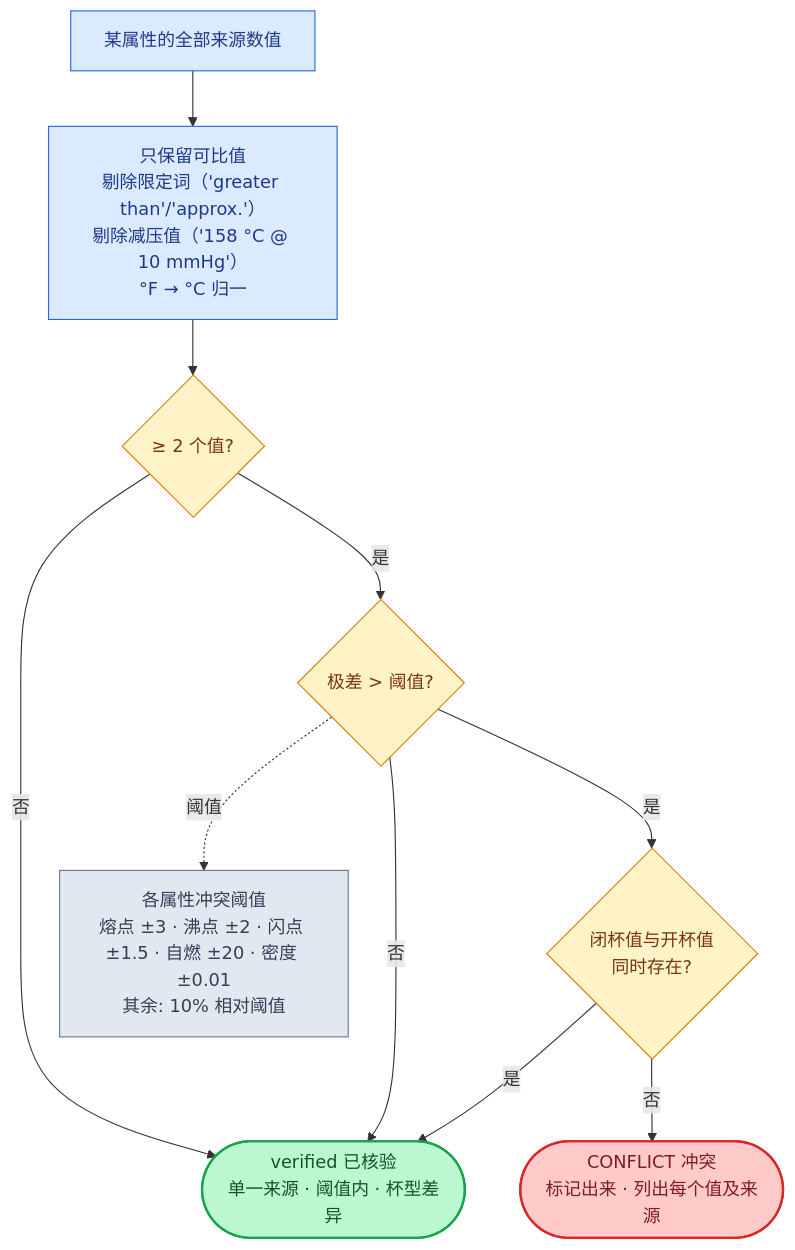
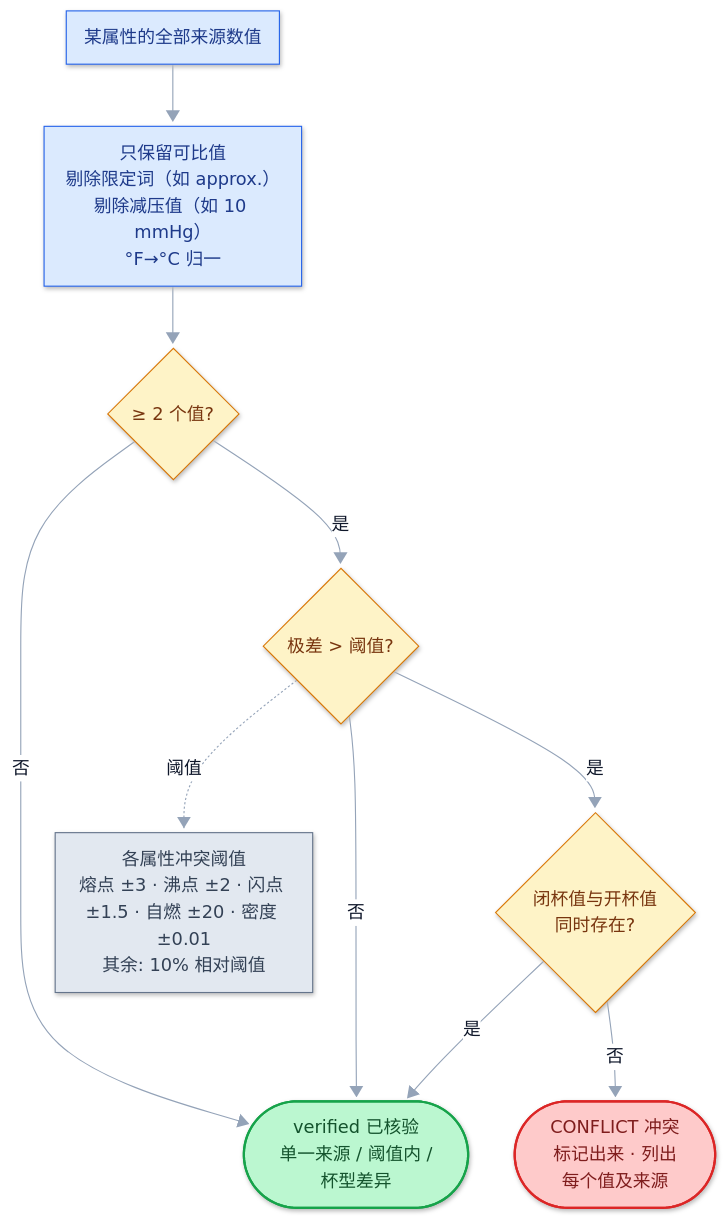
One commit to CL4Y68/chemfacts changed the third of 4 diagrams in README_zh.md. Above: the diagram before and after it, drawn with Mermaid. The commit also changed other lines of this file and 1 other file, not shown here.

First line of the commit message:
diagrams: mermaid 'look: neo' render pass + trimmed CJK labels

````diff
--- a/README_zh.md
+++ b/README_zh.md
@@ -129,30 +131,31 @@
 ```mermaid
+%%{init: {"look": "neo", "theme": "base", "themeVariables": {"lineColor": "#94a3b8", "primaryTextColor": "#0f172a", "edgeLabelBackground": "#ffffff"}, "flowchart": {"curve": "basis", "htmlLabels": true, "nodeSpacing": 42, "rankSpacing": 56, "padding": 10}} }%%
 flowchart TD
     A["某属性的全部来源数值"]:::proc
-    B["只保留可比值<br/>剔除限定词（'greater than'/'approx.'）<br/>剔除减压值（'158 °C @ 10 mmHg'）<br/>°F → °C 归一"]:::proc
+    B["只保留可比值<br/>剔除限定词（如 approx.）<br/>剔除减压值（如 10 mmHg）<br/>°F→°C 归一"]:::proc
     C{"≥ 2 个值?"}:::decide
     D{"极差 > 阈值?"}:::decide
     E{"闭杯值与开杯值<br/>同时存在?"}:::decide
-    V(["verified 已核验<br/>单一来源 · 阈值内 · 杯型差异"]):::ok
-    X(["CONFLICT 冲突<br/>标记出来 · 列出每个值及来源"]):::warn
+    V(["verified 已核验<br/>单一来源 / 阈值内 /<br/>杯型差异"]):::ok
+    X(["CONFLICT 冲突<br/>标记出来 · 列出<br/>每个值及来源"]):::warn
     N["各属性冲突阈值<br/>熔点 ±3 · 沸点 ±2 · 闪点 ±1.5 · 自燃 ±20 · 密度 ±0.01<br/>其余: 10% 相对阈值"]:::plain
 
     A --> B --> C
     C -- "否" --> V
     C -- "是" --> D
     D -- "否" --> V
     D -- "是" --> E
     E -- "是" --> V
     E -- "否" --> X
     D -. "阈值" .-> N
     classDef io      fill:#e0e7ff,stroke:#4f46e5,stroke-width:2px,color:#312e81
     classDef proc    fill:#dbeafe,stroke:#2563eb,color:#1e3a8a
     classDef decide  fill:#fef3c7,stroke:#d97706,color:#78350f
     classDef store   fill:#d1fae5,stroke:#059669,color:#064e3b
     classDef ok      fill:#bbf7d0,stroke:#16a34a,stroke-width:2px,color:#14532d
     classDef warn    fill:#fecaca,stroke:#dc2626,stroke-width:2px,color:#7f1d1d
     classDef plain   fill:#e2e8f0,stroke:#64748b,color:#334155
     classDef card   fill:#ede9fe,stroke:#7c3aed,stroke-width:2px,color:#4c1d95
     classDef mcp    fill:#cffafe,stroke:#0891b2,color:#164e63
     classDef ext    fill:#f8fafc,stroke:#94a3b8,stroke-dasharray:5 4,color:#475569
 ```
````
